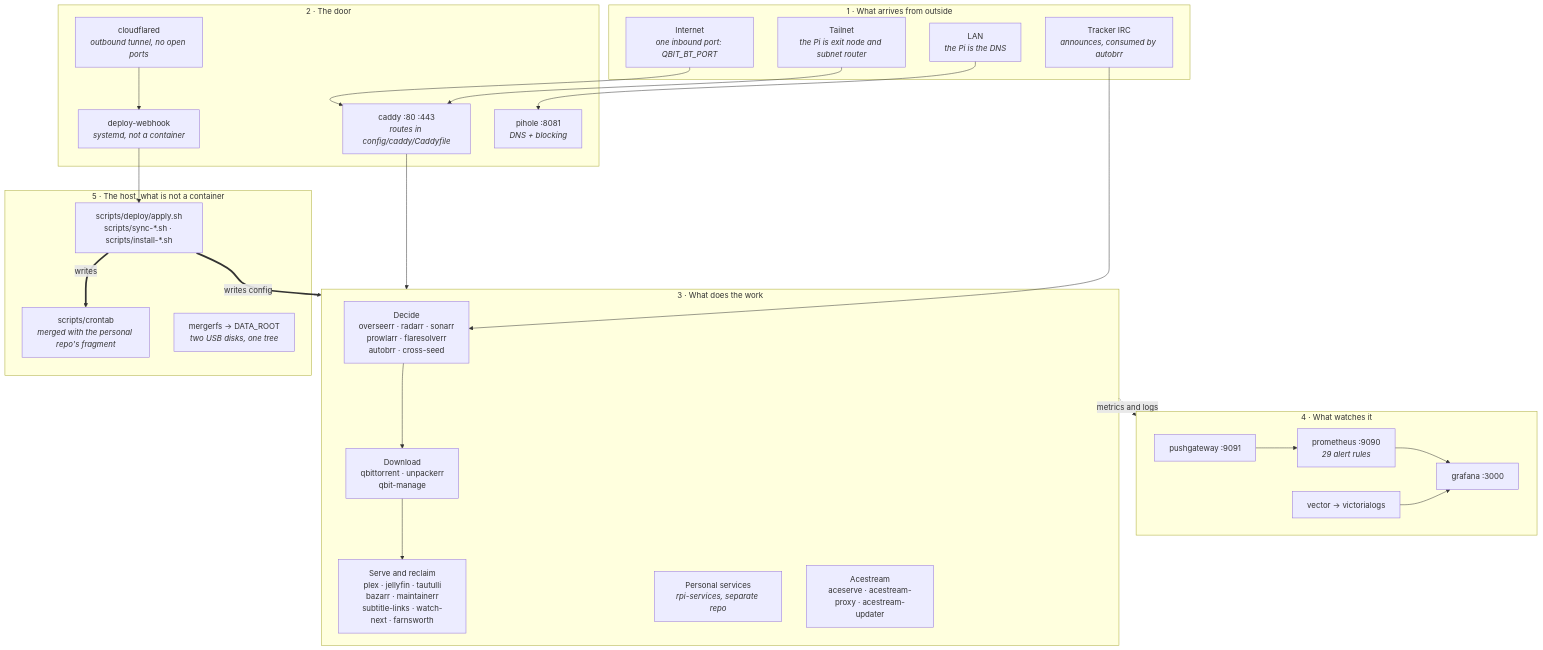
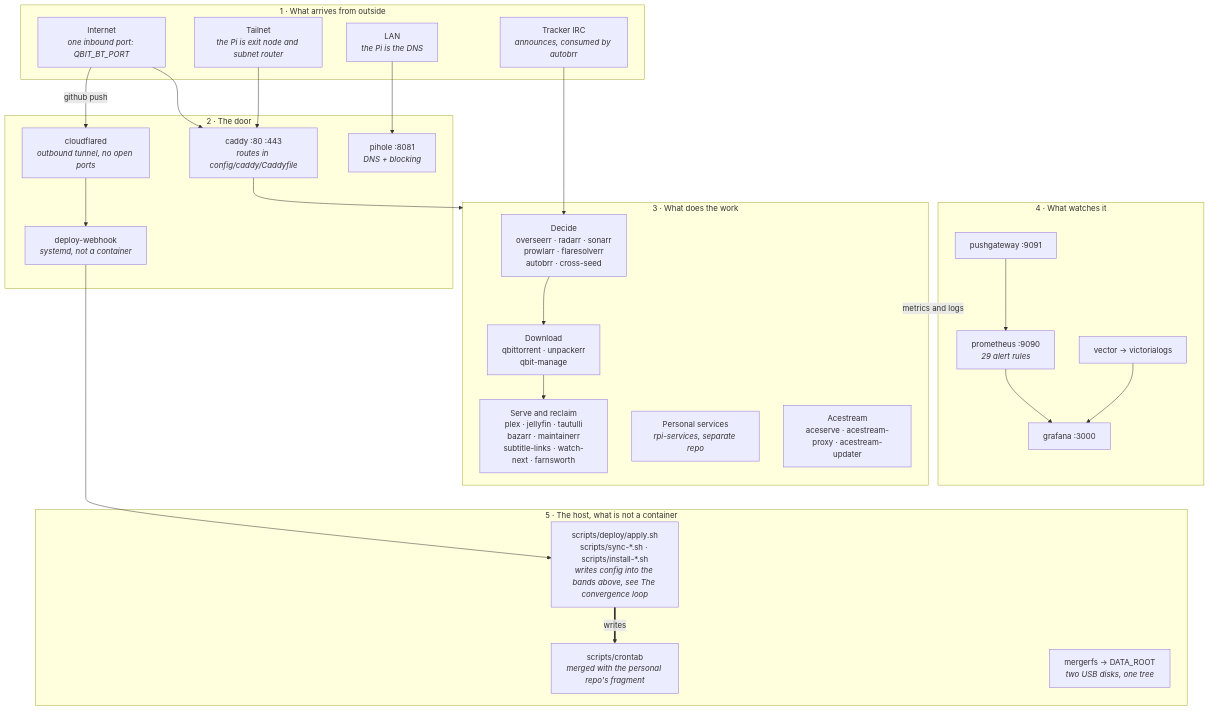
Before and after one commit to PlatanosVerdes/rpi-homeserver: the first of 9 diagrams in docs/architecture.md, drawn with Mermaid.

Commit message:
Stack the five bands in order, 1 at the top and 5 at the bottom
Dagre puts a node one rank below whatever points at it, so two arrows were
enough to scatter the bands: cloudflared had nothing pointing at it, which
pinned band 2 to the top row next to band 1, and apply.sh writing config into
band 3 pulled band 5 above the work it configures.

Now every arrow points down. cloudflared gets the arrow that was always
implied, the GitHub push that arrives through the tunnel it opened, and the
writes-config arrow becomes a line in the apply.sh box: the next diagram in
this file already draws that relationship app by app, which is the version
worth reading.

````diff
--- a/docs/architecture.md
+++ b/docs/architecture.md
@@ -14,51 +14,54 @@
 ```mermaid
 flowchart TB
   subgraph OUT["1 · What arrives from outside"]
     NET["Internet<br/><i>one inbound port: QBIT_BT_PORT</i>"]
     TS["Tailnet<br/><i>the Pi is exit node and subnet router</i>"]
     LAN["LAN<br/><i>the Pi is the DNS</i>"]
     IRC["Tracker IRC<br/><i>announces, consumed by autobrr</i>"]
   end
 
   subgraph DOOR["2 · The door"]
     CADDY["caddy :80 :443<br/><i>routes in config/caddy/Caddyfile</i>"]
     CFD["cloudflared<br/><i>outbound tunnel, no open ports</i>"]
     PIHOLE["pihole :8081<br/><i>DNS + blocking</i>"]
     HOOK["deploy-webhook<br/><i>systemd, not a container</i>"]
   end
 
   subgraph WORK["3 · What does the work"]
     DECIDE["Decide<br/>overseerr · radarr · sonarr<br/>prowlarr · flaresolverr<br/>autobrr · cross-seed"]
     GET["Download<br/>qbittorrent · unpackerr<br/>qbit-manage"]
     SERVE["Serve and reclaim<br/>plex · jellyfin · tautulli<br/>bazarr · maintainerr<br/>subtitle-links · watch-next · farnsworth"]
     PERS["Personal services<br/><i>rpi-services, separate repo</i>"]
     ACE["Acestream<br/>aceserve · acestream-proxy · acestream-updater"]
   end
 
   subgraph OBS["4 · What watches it"]
     PROM["prometheus :9090<br/><i>29 alert rules</i>"]
     GRAF["grafana :3000"]
     PUSH["pushgateway :9091"]
     LOGS["vector → victorialogs"]
   end
 
   subgraph HOST["5 · The host, what is not a container"]
-    APPLY["scripts/deploy/apply.sh<br/>scripts/sync-*.sh · scripts/install-*.sh"]
+    APPLY["scripts/deploy/apply.sh<br/>scripts/sync-*.sh · scripts/install-*.sh<br/><i>writes config into the bands above, see The convergence loop</i>"]
     CRON["scripts/crontab<br/><i>merged with the personal repo's fragment</i>"]
     FS["mergerfs → DATA_ROOT<br/><i>two USB disks, one tree</i>"]
   end
 
   NET --> CADDY
+  NET -->|github push| CFD
   TS --> CADDY
   LAN --> PIHOLE
   IRC --> DECIDE
   CFD --> HOOK
   CADDY --> WORK
-  HOOK --> APPLY
   DECIDE --> GET --> SERVE
   WORK -. metrics and logs .-> OBS
   PUSH --> PROM --> GRAF
   LOGS --> GRAF
-  APPLY ==>|writes config| WORK
+  HOOK --> APPLY
   APPLY ==>|writes| CRON
+
+  %% every arrow points down, so the bands stack 1 to 5 in order
+  GRAF ~~~ APPLY
 ```
````
